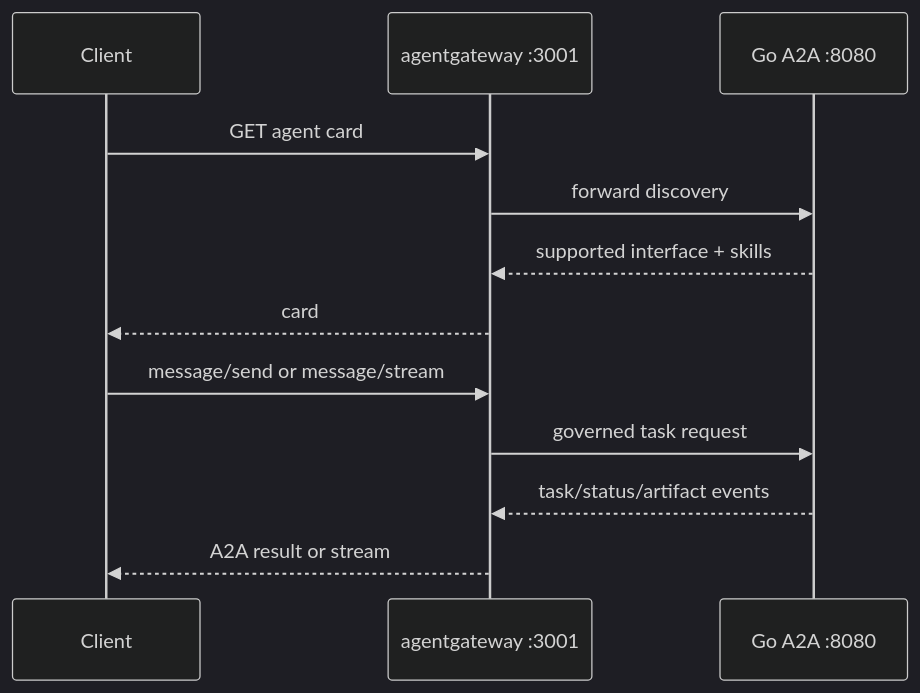
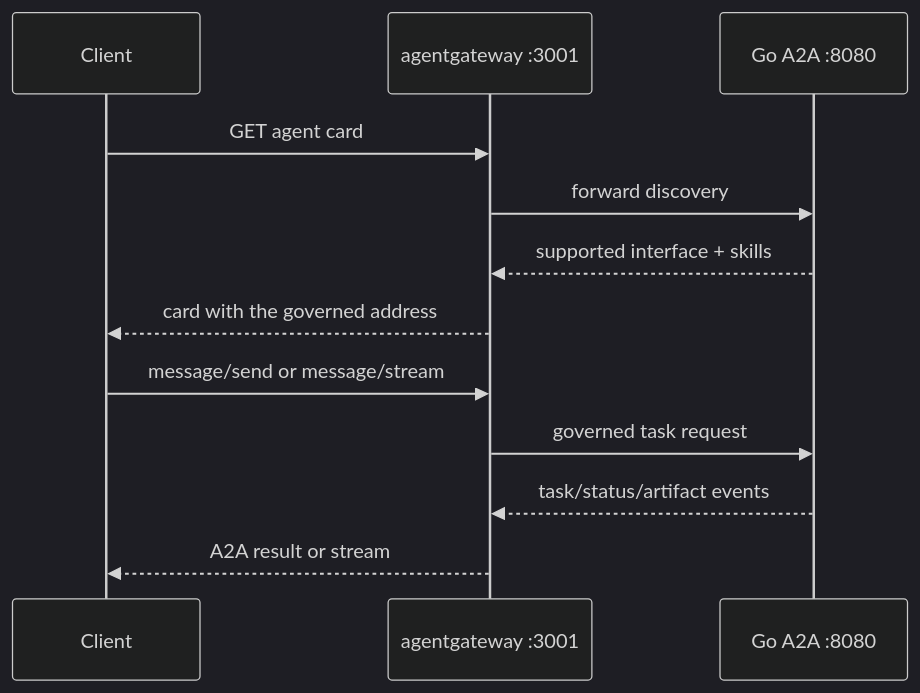
The diagram in content/5. Gateway/5.3. A2A Gateway.md (LuiGGi629/agentops-open-course), drawn with Mermaid (dark theme) before and after one commit. The commit also changed other lines of this file and 58 other files, not shown here.

````diff
--- a/content/5. Gateway/5.3. A2A Gateway.md
+++ b/content/5. Gateway/5.3. A2A Gateway.md
@@ -27,14 +36,14 @@
 ```mermaid
 sequenceDiagram
     participant Client
     participant Gateway as agentgateway :3001
     participant A2A as Go A2A :8080
     Client->>Gateway: GET agent card
     Gateway->>A2A: forward discovery
     A2A-->>Gateway: supported interface + skills
-    Gateway-->>Client: card
+    Gateway-->>Client: card with the governed address
     Client->>Gateway: message/send or message/stream
     Gateway->>A2A: governed task request
     A2A-->>Gateway: task/status/artifact events
     Gateway-->>Client: A2A result or stream
 ```
````
